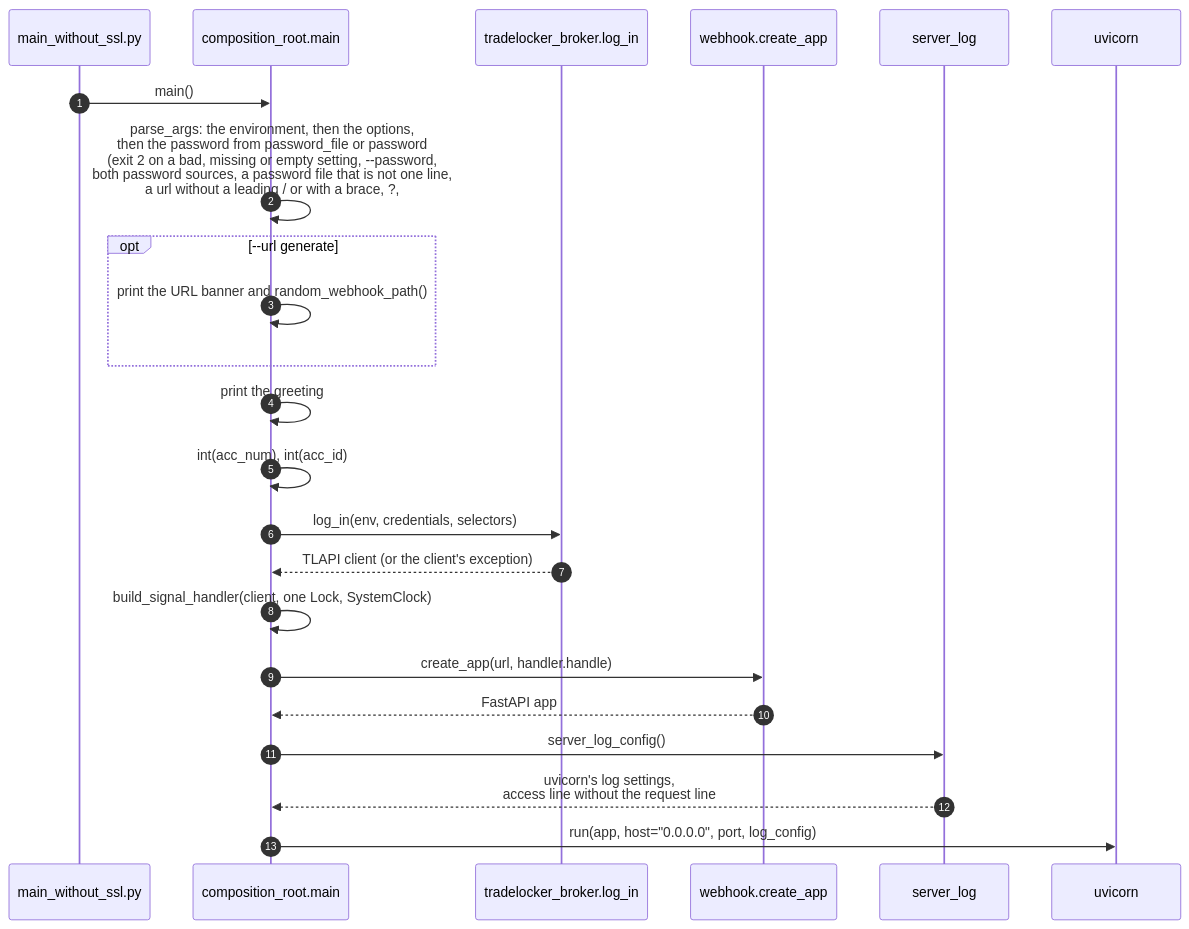
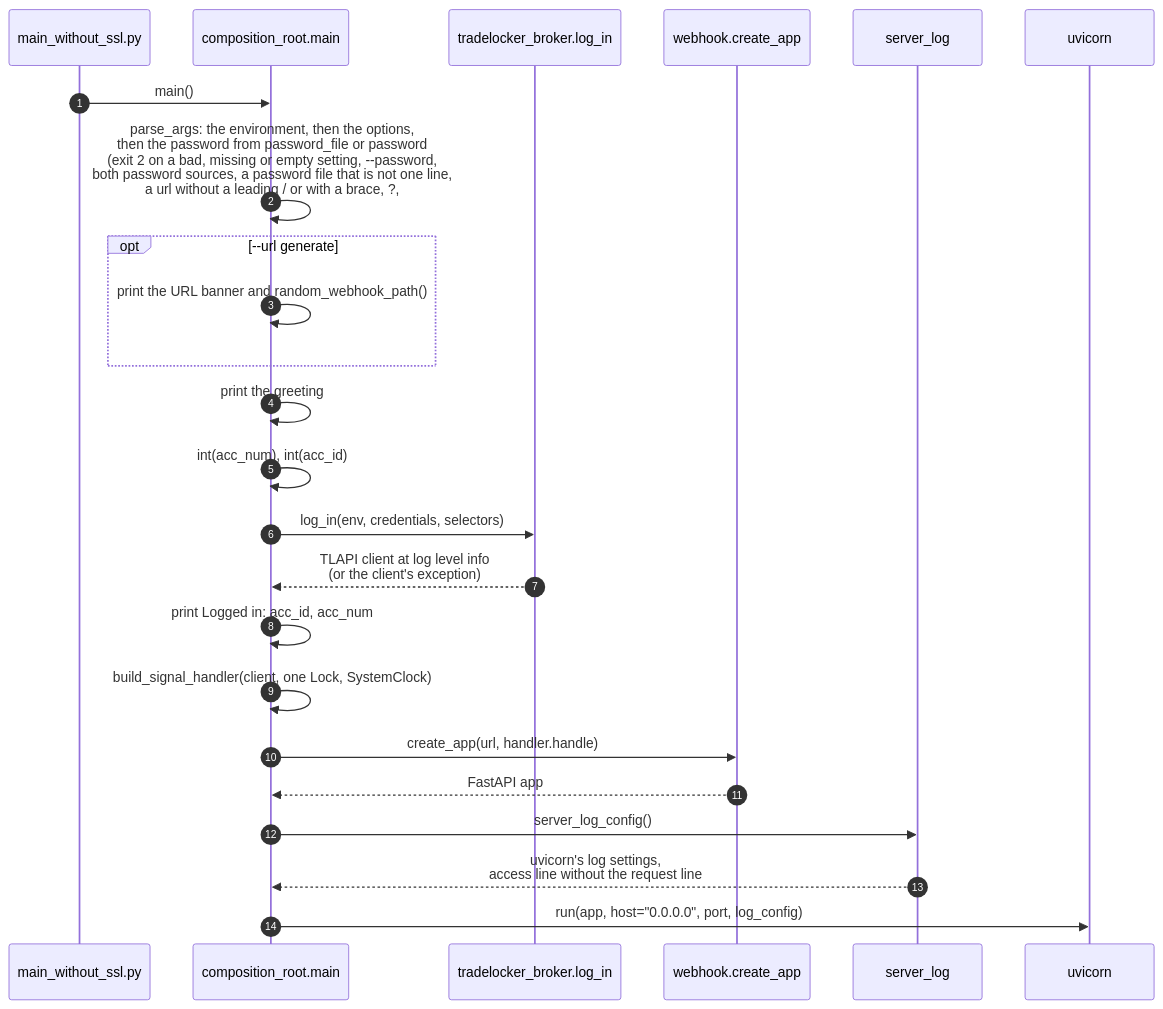
The second of 6 diagrams in docs/architecture.md (Akinzou/TradeLockerBot), drawn with Mermaid before and after one commit. The commit also changed other lines of this file and 4 other files, not shown here.

First line of the commit message:
docs: ADR 0025 and the docs for the client's log level (roadmap step 6m)

````diff
--- a/docs/architecture.md
+++ b/docs/architecture.md
@@ -100,25 +100,26 @@
 ```mermaid
 sequenceDiagram
     autonumber
     participant EP as main_without_ssl.py
     participant CR as composition_root.main
     participant TB as tradelocker_broker.log_in
     participant WH as webhook.create_app
     participant SL as server_log
     participant U as uvicorn
     EP->>CR: main()
     CR->>CR: parse_args: the environment, then the options,<br/>then the password from password_file or password<br/>(exit 2 on a bad, missing or empty setting, --password,<br/>both password sources, a password file that is not one line,<br/>a url without a leading / or with a brace, ?, # or %)
     opt --url generate
         CR->>CR: print the URL banner and random_webhook_path()
     end
     CR->>CR: print the greeting
     CR->>CR: int(acc_num), int(acc_id)
     CR->>TB: log_in(env, credentials, selectors)
-    TB-->>CR: TLAPI client (or the client's exception)
+    TB-->>CR: TLAPI client at log level info<br/>(or the client's exception)
+    CR->>CR: print Logged in: acc_id, acc_num
     CR->>CR: build_signal_handler(client, one Lock, SystemClock)
     CR->>WH: create_app(url, handler.handle)
     WH-->>CR: FastAPI app
     CR->>SL: server_log_config()
     SL-->>CR: uvicorn's log settings,<br/>access line without the request line
     CR->>U: run(app, host="0.0.0.0", port, log_config)
 ```
````
